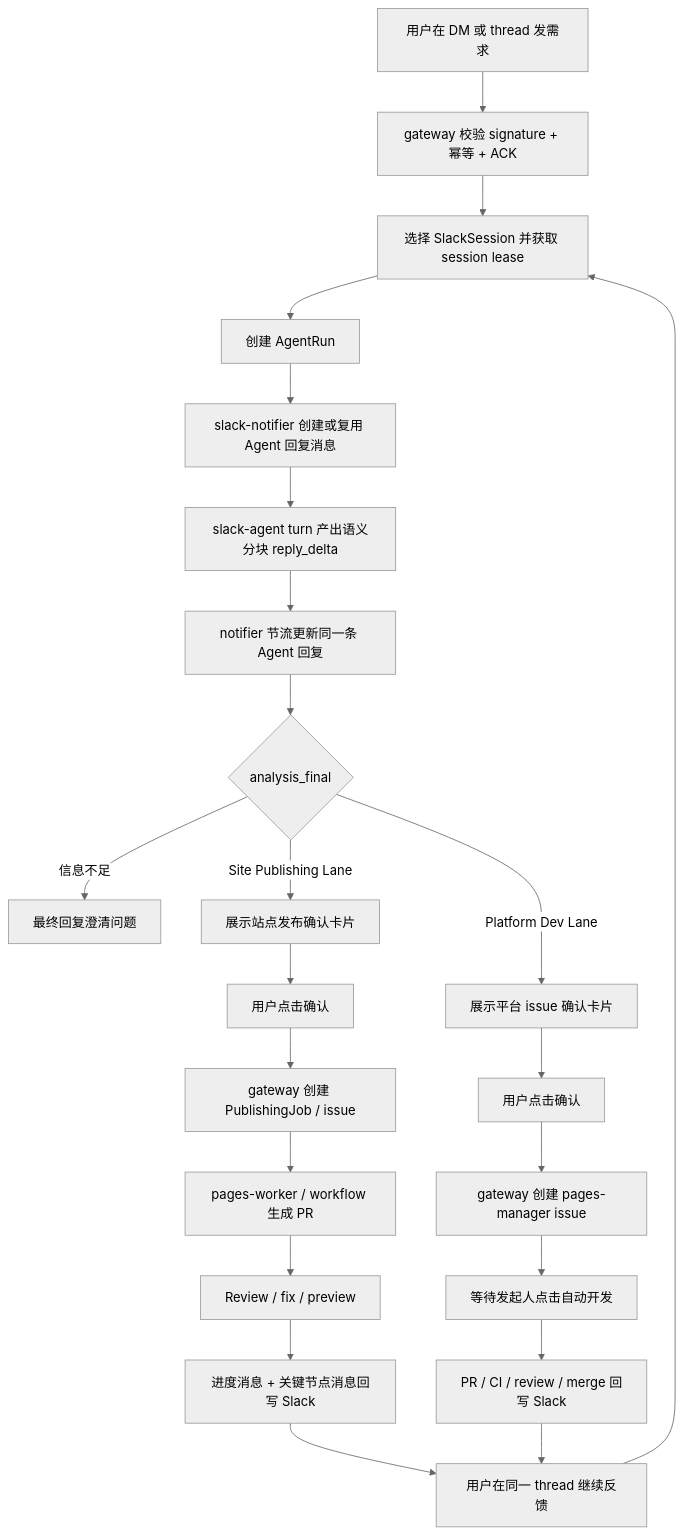
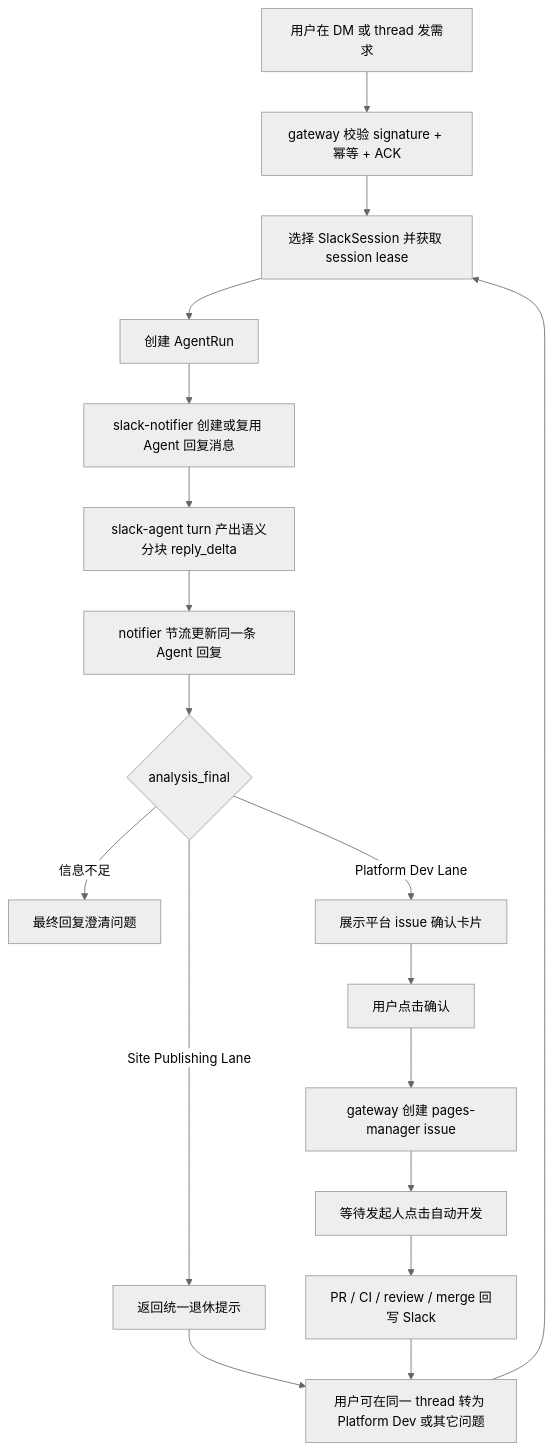
Before and after one commit to qaj701224-blip/pages-manager: the diagram in docs/architecture/slack-platform-runtime.md, drawn with Mermaid (neutral theme). The commit also changed other lines of this file and 49 other files, not shown here.

Commit message:
chore: 墓碑化 legacy API 并冻结 Site Publishing

````diff
--- a/docs/architecture/slack-platform-runtime.md
+++ b/docs/architecture/slack-platform-runtime.md
@@ -553,25 +555,20 @@
 ```mermaid
 flowchart TD
   A["用户在 DM 或 thread 发需求"] --> B["gateway 校验 signature + 幂等 + ACK"]
   B --> C["选择 SlackSession 并获取 session lease"]
   C --> D["创建 AgentRun"]
   D --> E["slack-notifier 创建或复用 Agent 回复消息"]
   E --> F["slack-agent turn 产出语义分块 reply_delta"]
   F --> G["notifier 节流更新同一条 Agent 回复"]
   G --> H{"analysis_final"}
   H -->|"信息不足"| I["最终回复澄清问题"]
-  H -->|"Site Publishing Lane"| J["展示站点发布确认卡片"]
+  H -->|"Site Publishing Lane"| J["返回统一退休提示"]
   H -->|"Platform Dev Lane"| Q["展示平台 issue 确认卡片"]
-  J --> K["用户点击确认"]
-  K --> L["gateway 创建 PublishingJob / issue"]
-  L --> M["pages-worker / workflow 生成 PR"]
-  M --> N["Review / fix / preview"]
-  N --> O["进度消息 + 关键节点消息回写 Slack"]
-  O --> P["用户在同一 thread 继续反馈"]
+  J --> P["用户可在同一 thread 转为 Platform Dev 或其它问题"]
   Q --> R["用户点击确认"]
   R --> S["gateway 创建 pages-manager issue"]
   S --> T["等待发起人点击自动开发"]
   T --> U["PR / CI / review / merge 回写 Slack"]
   U --> P
   P --> C
 ```
````
